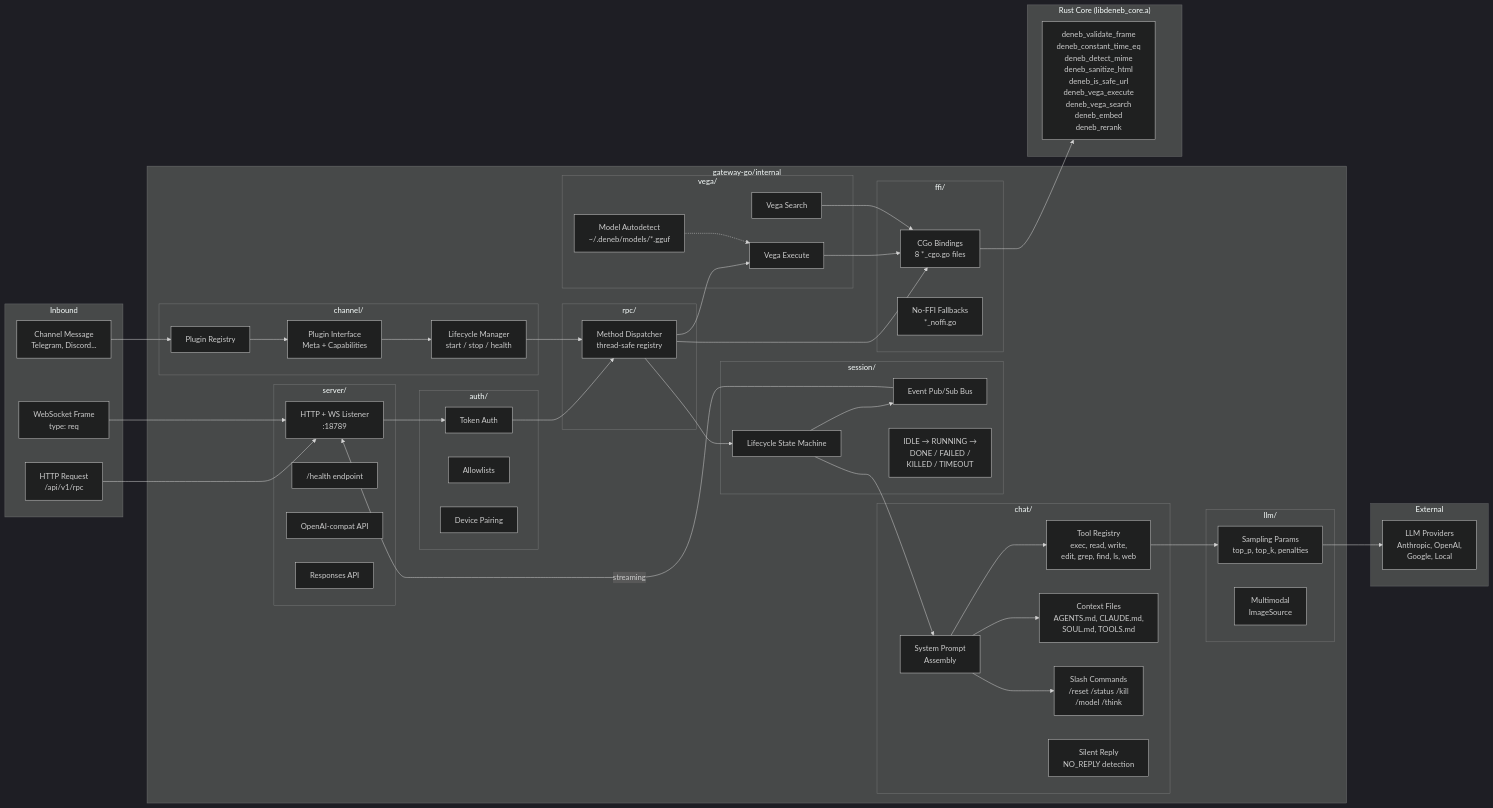
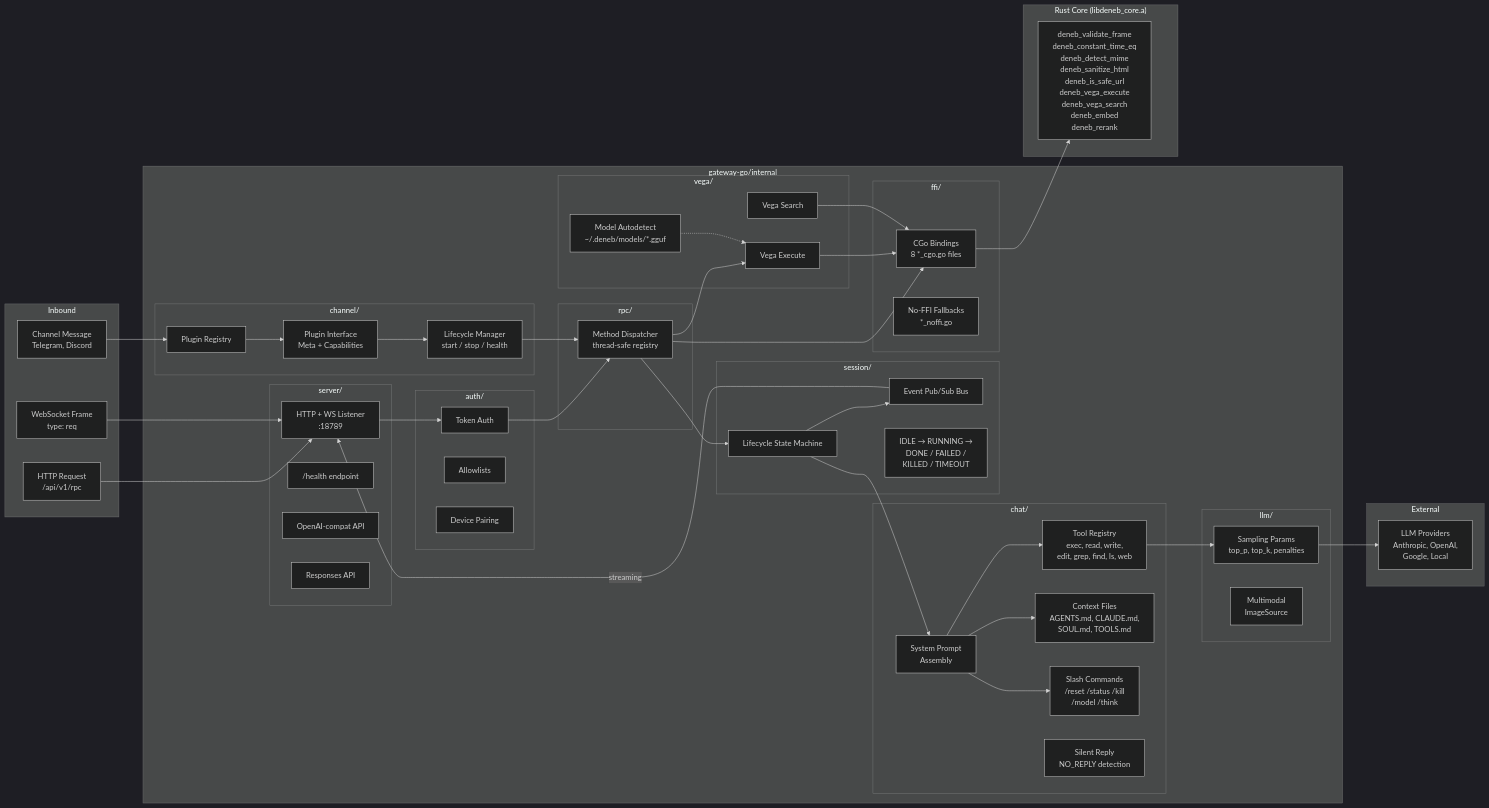
One commit to choiceoh/Deneb changed the third of 5 diagrams in docs/concepts/architecture.md. Above: the diagram before and after it, drawn with Mermaid (dark theme). The commit also changed other lines of this file and 61 other files, not shown here.

```diff
--- a/docs/concepts/architecture.md
+++ b/docs/concepts/architecture.md
@@ -243,7 +229,7 @@
     subgraph "Inbound"
         REQ_HTTP["HTTP Request<br>/api/v1/rpc"]
         REQ_WS["WebSocket Frame<br>type: req"]
-        REQ_CHAN["Channel Message<br>Telegram, Discord..."]
+        REQ_CHAN["Channel Message<br>Telegram, Discord"]
     end
 
     subgraph "gateway-go/internal"
```
